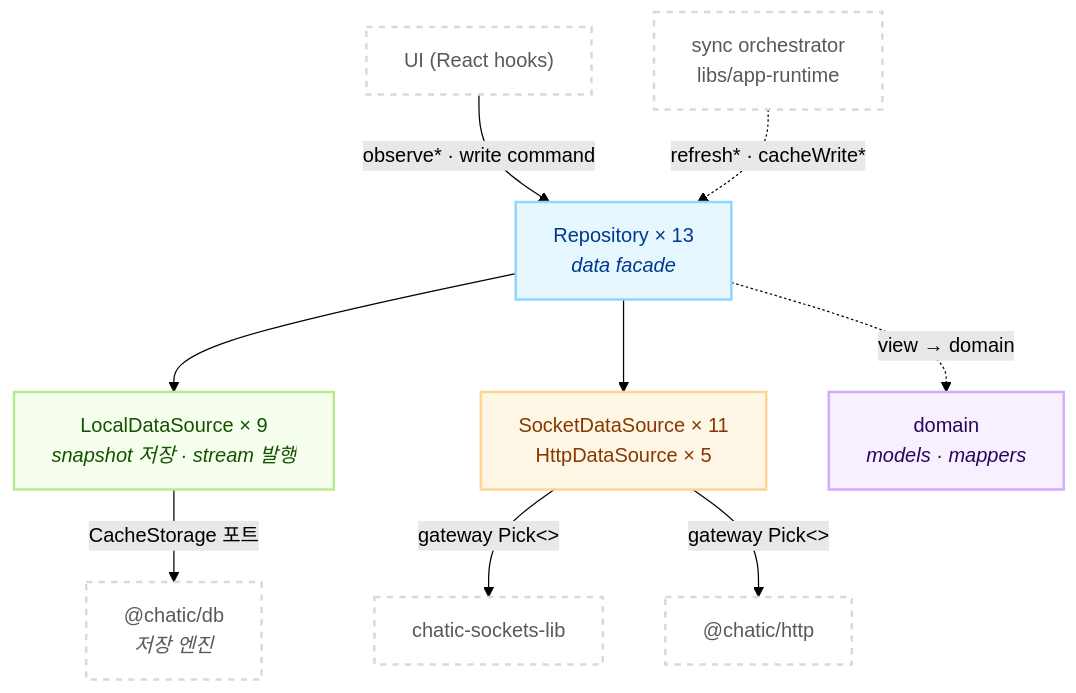
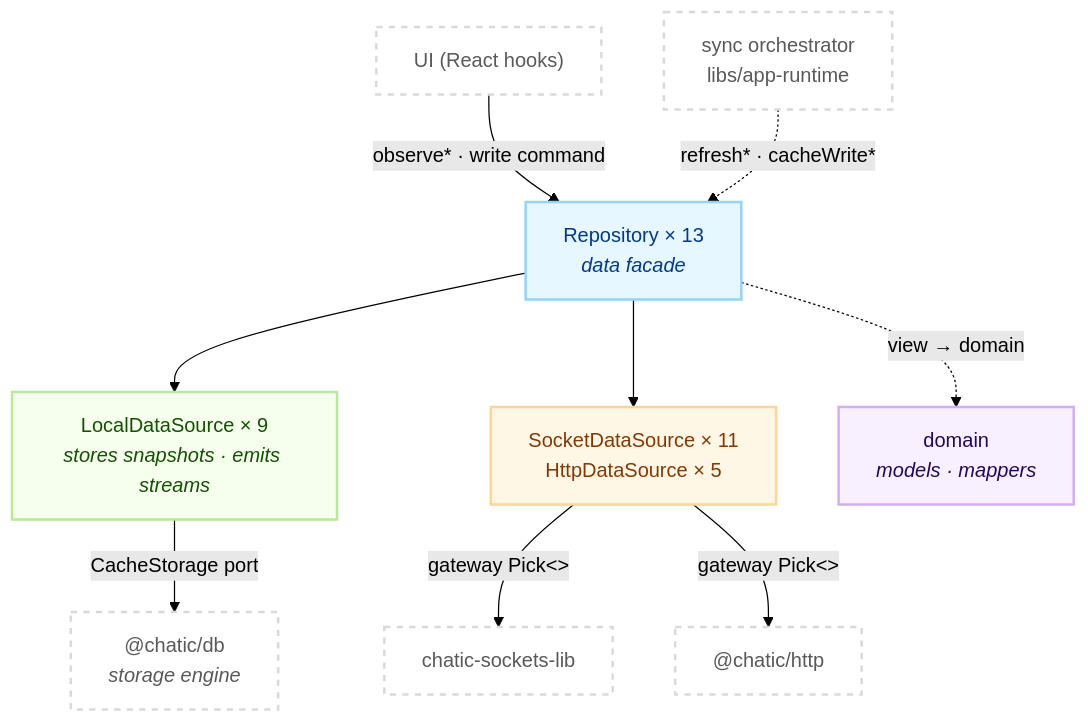
Before and after one commit to lemoncloud-io/dou-app: the first of 2 diagrams in libs/data/README.md, drawn with Mermaid (forest theme). The commit also changed other lines of this file and 86 other files, not shown here.

First line of the commit message:
refactor(data): retire sid as a cache observer scope axis

````diff
--- a/libs/data/README.md
+++ b/libs/data/README.md
@@ -39,29 +49,29 @@
 ```mermaid
 flowchart TD
     classDef repo fill:#e6f7ff,stroke:#91d5ff,stroke-width:2px,color:#003a8c;
     classDef local fill:#f6ffed,stroke:#b7eb8f,stroke-width:2px,color:#135200;
     classDef remote fill:#fff7e6,stroke:#ffd591,stroke-width:2px,color:#873800;
     classDef domain fill:#f9f0ff,stroke:#d3adf7,stroke-width:2px,color:#22075e;
     classDef ext fill:#ffffff,stroke:#d9d9d9,stroke-width:2px,color:#595959,stroke-dasharray: 5 5;
 
     UI["UI (React hooks)"]:::ext
     Sync["sync orchestrator<br/>libs/app-runtime"]:::ext
 
     Repo["Repository × 13<br/><i>data facade</i>"]:::repo
-    Local["LocalDataSource × 9<br/><i>snapshot 저장 · stream 발행</i>"]:::local
+    Local["LocalDataSource × 9<br/><i>stores snapshots · emits streams</i>"]:::local
     Remote["SocketDataSource × 11<br/>HttpDataSource × 5"]:::remote
     Domain["domain<br/><i>models · mappers</i>"]:::domain
 
-    DB["@chatic/db<br/><i>저장 엔진</i>"]:::ext
+    DB["@chatic/db<br/><i>storage engine</i>"]:::ext
     Sock["chatic-sockets-lib"]:::ext
     Http["@chatic/http"]:::ext
 
     UI -->|"observe* · write command"| Repo
     Sync -.->|"refresh* · cacheWrite*"| Repo
     Repo --> Local
     Repo --> Remote
     Repo -.->|"view → domain"| Domain
-    Local -->|"CacheStorage 포트"| DB
+    Local -->|"CacheStorage port"| DB
     Remote -->|"gateway Pick&lt;&gt;"| Sock
     Remote -->|"gateway Pick&lt;&gt;"| Http
 ```
````
